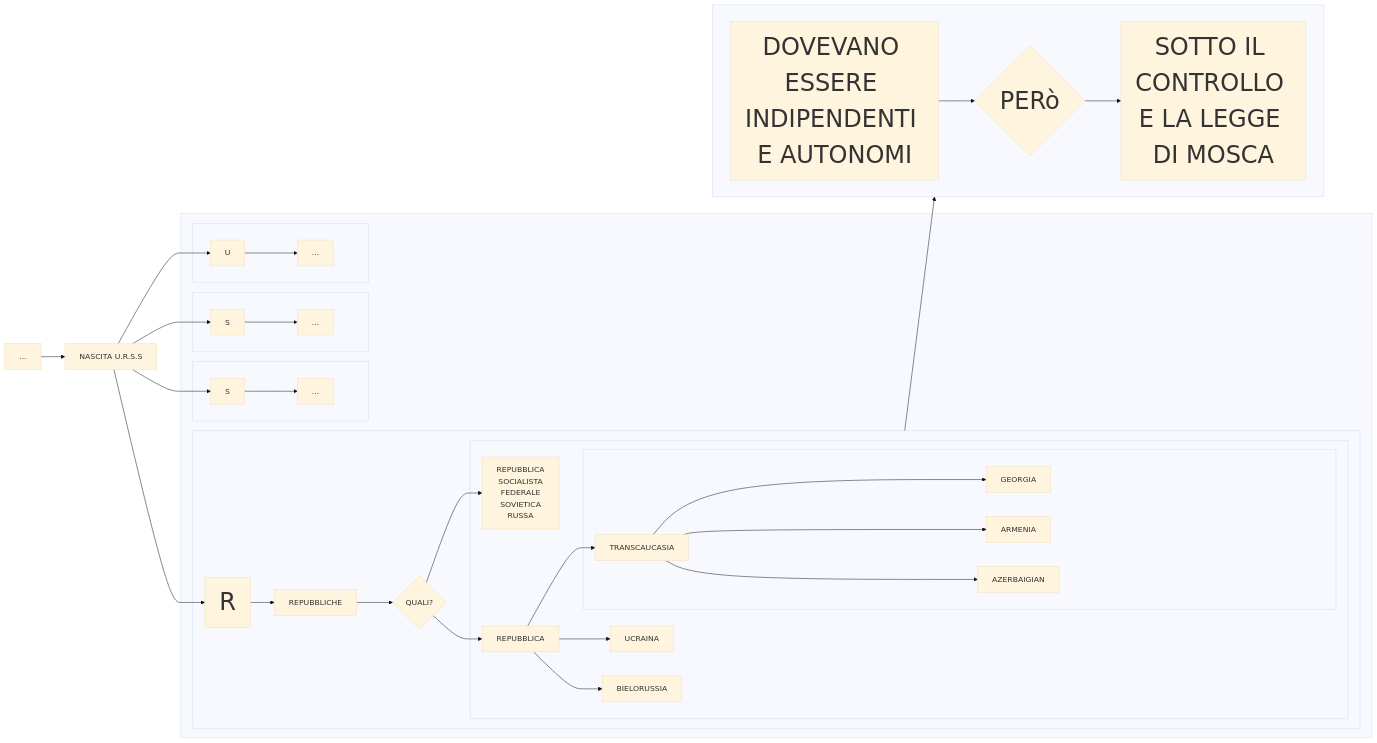
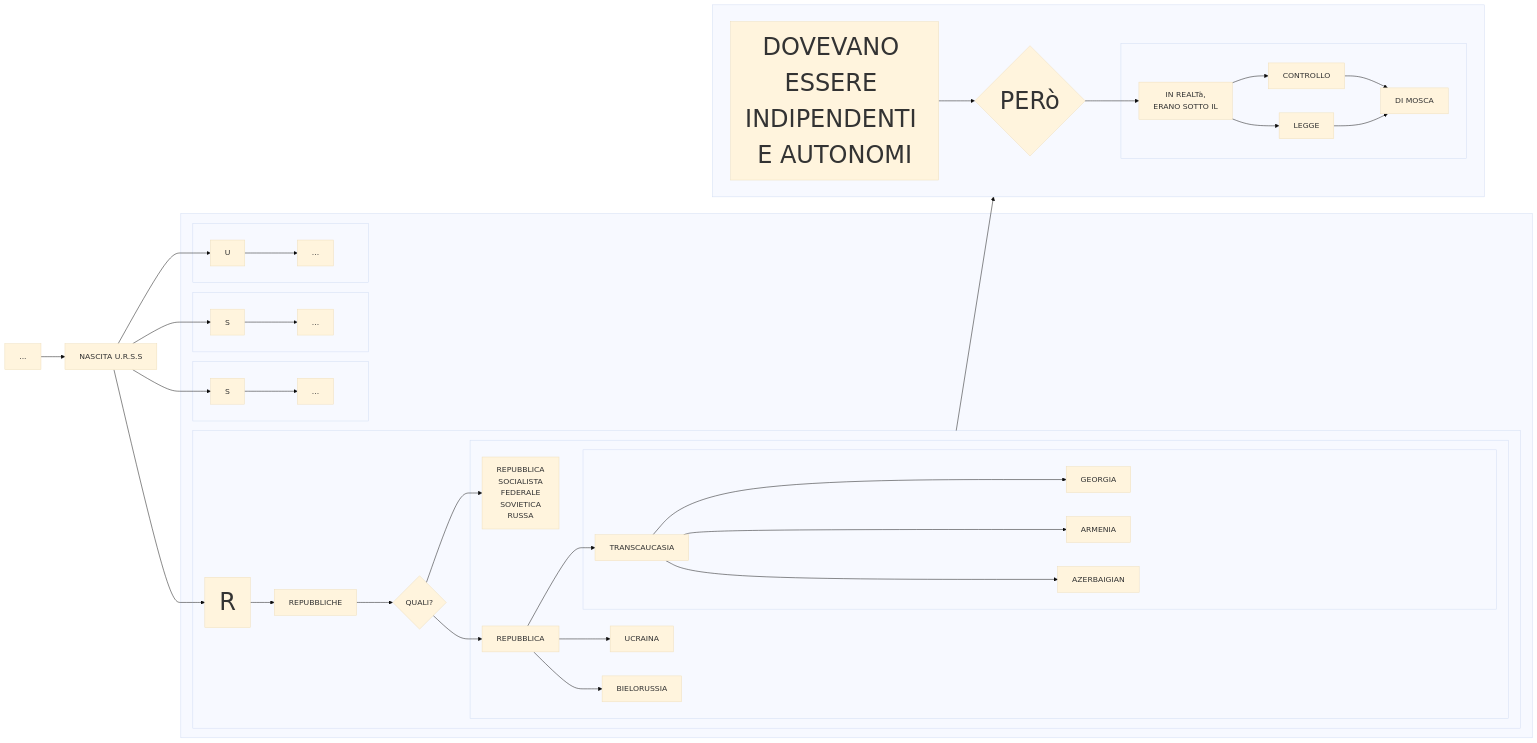
One commit to Laaouatni/ricerca-storia-MermaidJS changed the diagram in prova.md. Above: the diagram before and after it, drawn with Mermaid (base theme).

````diff
--- a/prova.md
+++ b/prova.md
@@ -1,52 +1,59 @@
 ```mermaid
 flowchart LR
   classDef classGrande font-size: 50px;
   0[...]
   1[NASCITA U.R.S.S]
   subgraph 15[" "]
     subgraph 10[" "]
       100[U]
       1000[...]
       100 --> 1000
     end
     subgraph 22[" "]
       220[R]:::classGrande
       2200[REPUBBLICHE]
       22000{QUALI?}
       subgraph 3[" "]
           30[REPUBBLICA <br> SOCIALISTA <br> FEDERALE <br> SOVIETICA <br> RUSSA]
           31[REPUBBLICA]
           310[UCRAINA]
           311[BIELORUSSIA]
           subgraph 4[" "]
               312[TRANSCAUCASIA]
               3120[GEORGIA]
               3121[ARMENIA]
               3122[AZERBAIGIAN]
           end
           312 --> 3120 & 3121 & 3122
           31 --> 310 & 311 & 312
       end
       220 --> 2200 --> 22000 --> 30 & 31
     end
     subgraph 12[" "]
       120[S]
       1200[...]
       120 --> 1200
     end
     subgraph 13[" "]
       130[S]
       1300[...]
       130 --> 1300
     end
   end
   0 --> 1 --> 100 & 220 & 120 & 130
   subgraph 6[" "]
     direction LR;
     5[DOVEVANO ESSERE INDIPENDENTI E AUTONOMI]:::classGrande
     50{PERò}:::classGrande
+    subgraph 500[" "]
+      7[IN REALTà, <br> ERANO SOTTO IL]
+      70[CONTROLLO]
+      71[LEGGE]
+      8[DI MOSCA]
+      7 --> 70 & 71 --> 8
+    end
     500[SOTTO IL CONTROLLO E LA LEGGE DI MOSCA]:::classGrande
-    5 --> 50 --> 500
+    5 --> 50 --> 7
   end
   22 --> 6
 ```
````
